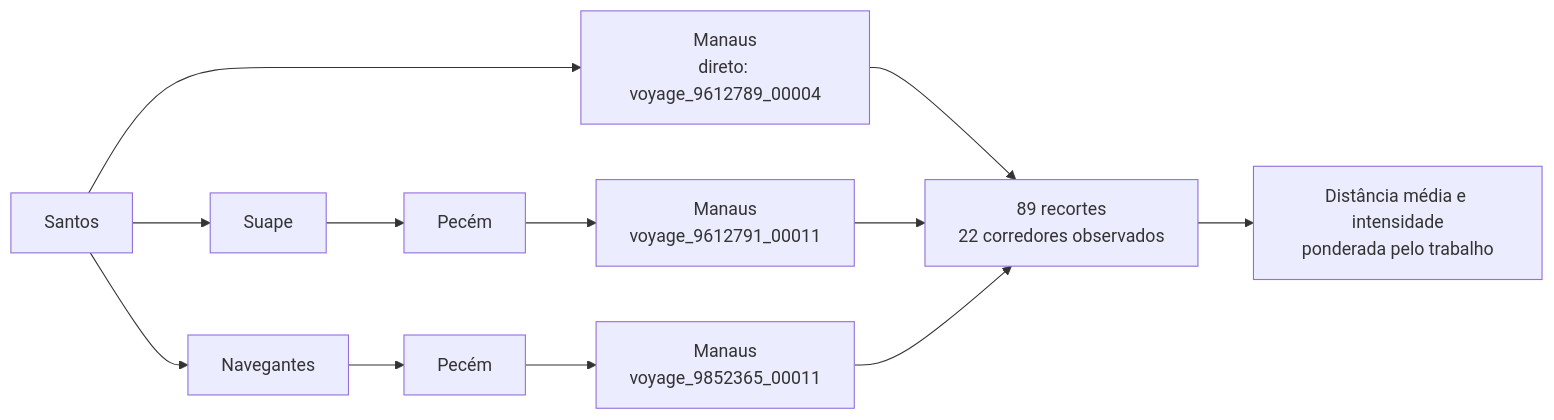
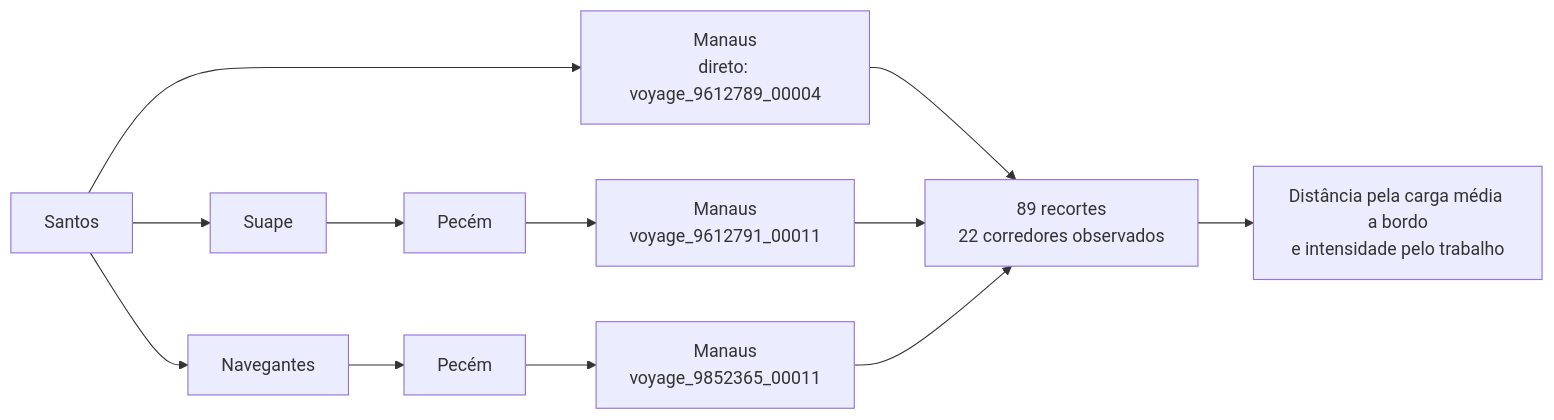
One commit to pennylanesccp/cabotage-lens changed the seventh of 7 diagrams in docs/tf_technical_article_draft.md. Above: the diagram before and after it, drawn with Mermaid. The commit also changed other lines of this file, not shown here.

````diff
--- a/docs/tf_technical_article_draft.md
+++ b/docs/tf_technical_article_draft.md
@@ -892,10 +910,10 @@
 ```mermaid
 flowchart LR
     A["Santos"] --> B["Manaus<br/>direto: voyage_9612789_00004"]
     A --> C["Suape"] --> D["Pecém"] --> E["Manaus<br/>voyage_9612791_00011"]
     A --> F["Navegantes"] --> G["Pecém"] --> H["Manaus<br/>voyage_9852365_00011"]
     B --> I["89 recortes<br/>22 corredores observados"]
     E --> I
     H --> I
-    I --> J["Distância média e intensidade<br/>ponderada pelo trabalho"]
+    I --> J["Distância pela carga média a bordo<br/>e intensidade pelo trabalho"]
 ```
````
